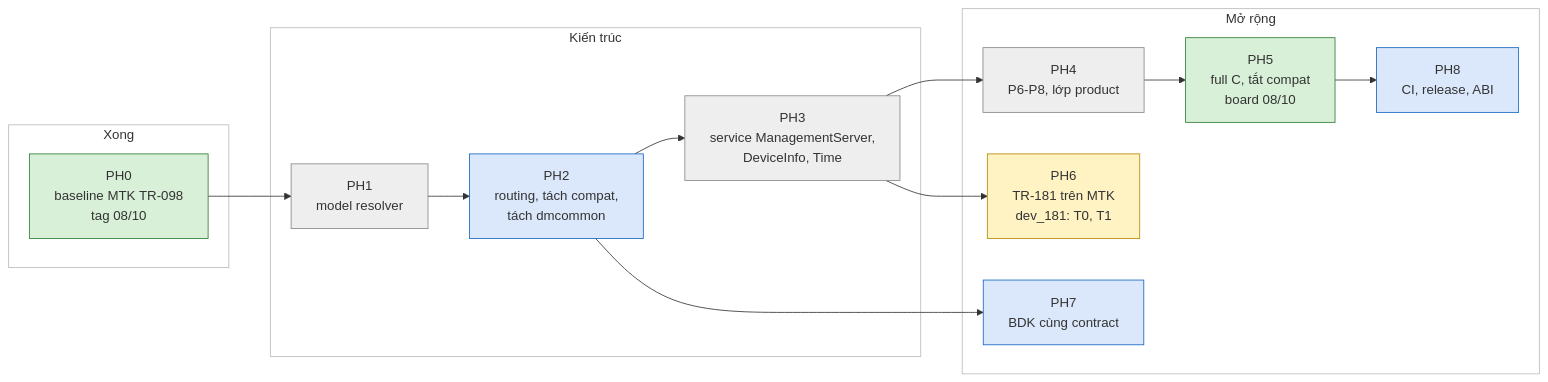
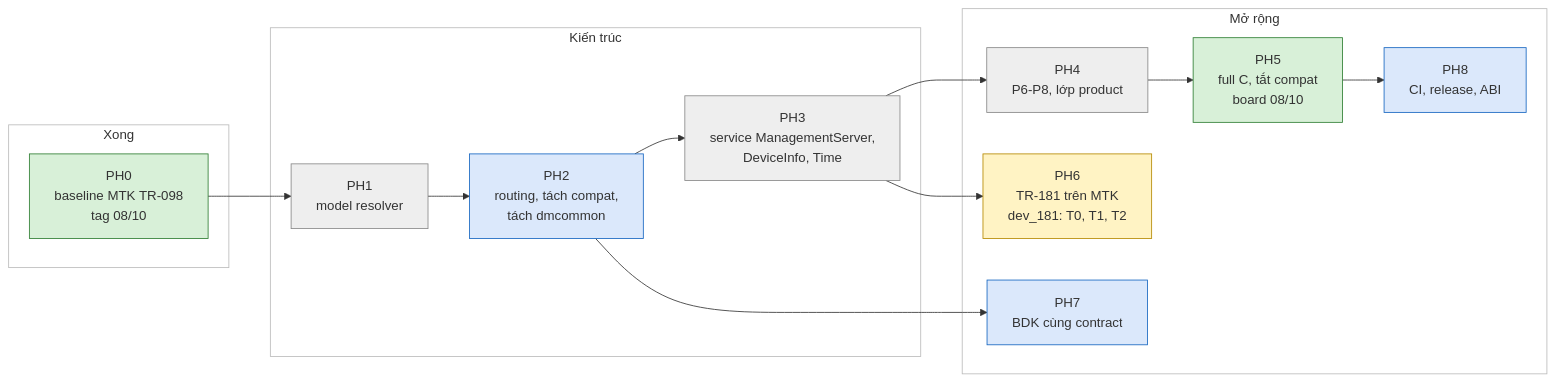
One commit to tunguyenvanbn94/icwmpMultiSdk changed the diagram in docs/handover/icwmp_progress_matrix.md. Above: the diagram before and after it, drawn with Mermaid. The commit also changed other lines of this file and 9 other files, not shown here.

````diff
--- a/docs/handover/icwmp_progress_matrix.md
+++ b/docs/handover/icwmp_progress_matrix.md
@@ -17,34 +17,34 @@
 ```mermaid
 flowchart LR
     subgraph NOW["Xong"]
         PH0["PH0<br/>baseline MTK TR-098<br/>tag 08/10"]
     end
     subgraph NEXT["Kiến trúc"]
         PH1["PH1<br/>model resolver"]
         PH2["PH2<br/>routing, tách compat,<br/>tách dmcommon"]
         PH3["PH3<br/>service ManagementServer,<br/>DeviceInfo, Time"]
     end
     subgraph LATER["Mở rộng"]
         PH4["PH4<br/>P6-P8, lớp product"]
         PH5["PH5<br/>full C, tắt compat<br/>board 08/10"]
-        PH6["PH6<br/>TR-181 trên MTK<br/>dev_181: T0, T1"]
+        PH6["PH6<br/>TR-181 trên MTK<br/>dev_181: T0, T1, T2"]
         PH7["PH7<br/>BDK cùng contract"]
         PH8["PH8<br/>CI, release, ABI"]
     end
     PH0 --> PH1 --> PH2 --> PH3 --> PH4 --> PH5
     PH3 --> PH6
     PH2 --> PH7
     PH5 --> PH8
     style NOW fill:#ffffff,stroke:#bbbbbb
     style NEXT fill:#ffffff,stroke:#bbbbbb
     style LATER fill:#ffffff,stroke:#bbbbbb
     style PH0 fill:#d8f0d8,stroke:#2e7d32
     style PH2 fill:#dbe8fb,stroke:#1565c0
     style PH7 fill:#dbe8fb,stroke:#1565c0
     style PH8 fill:#dbe8fb,stroke:#1565c0
     style PH1 fill:#eeeeee,stroke:#888888
     style PH3 fill:#eeeeee,stroke:#888888
     style PH4 fill:#eeeeee,stroke:#888888
     style PH5 fill:#d8f0d8,stroke:#2e7d32
     style PH6 fill:#fff3c4,stroke:#b58900
 ```
````
